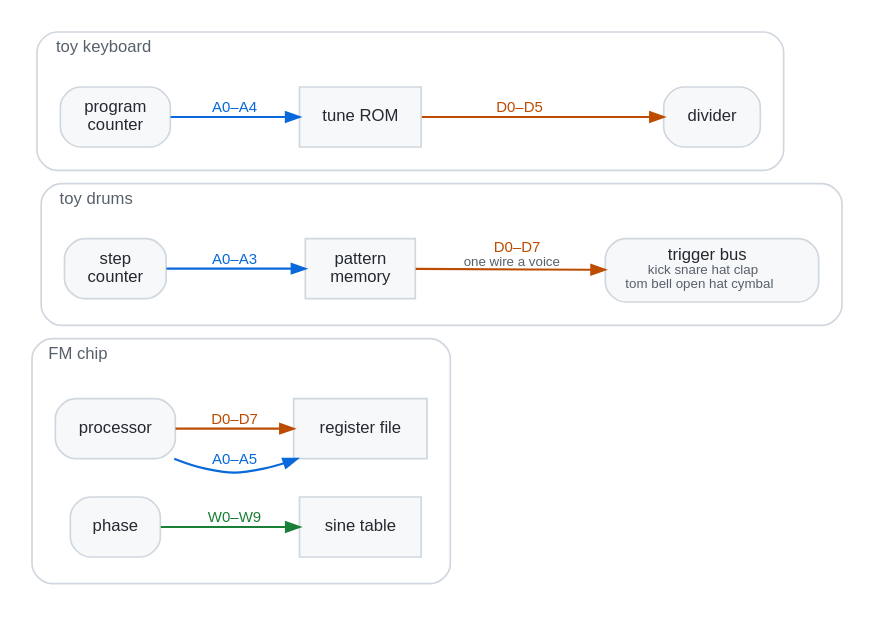
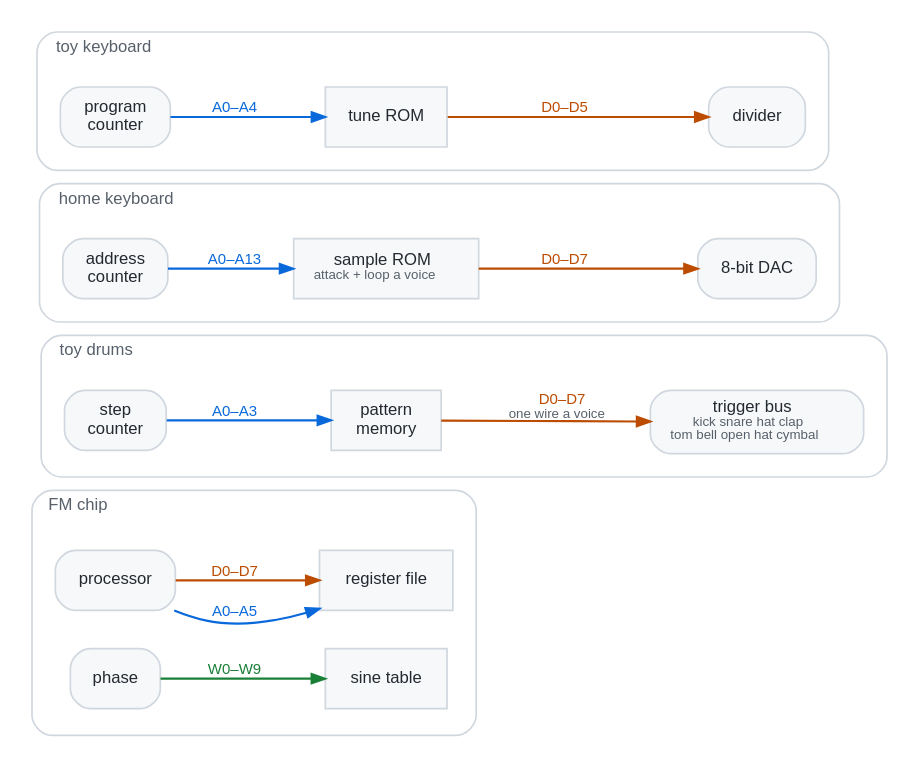
One commit to cmdcolin/bender changed the diagram in docs/img/buses.dot. Above: the diagram before and after it, drawn with Graphviz. The commit also changed 41 other files, not shown here.

First line of the commit message:
feat(dsp): a PCM home keyboard with pads, chimes and a sampled voice

```diff
--- a/docs/img/buses.dot
+++ b/docs/img/buses.dot
@@ -1,100 +1,123 @@
 // Source for docs/img/buses.svg, which docs/BENDS.md embeds.
 // Regenerate with: dot -Tsvg docs/img/buses.dot -o docs/img/buses.svg
 //
 // What this answers: "Data line" is a control on more than one panel and
 // means something different on each. The drawing says which two blocks each
 // bus runs between and how many wires it has, so a knife on one of them has a
 // direction rather than being a number you picked.
 //
 // The asymmetry is the point. On the toy chips the address bus runs INTO
 // the memory and the data bus comes back OUT of it, which is why an address
 // fault fetches the wrong thing while a data fault mangles what came back. The
 // FM chip's data bus runs the other way — into a register file that latches —
 // which is why its faults accumulate instead of passing. docs/BENDS.md says
 // the rest.
 //
 // Deliberately NOT per-wire meanings. Only the drum data bus has one worth
 // drawing, since a wire there is a voice; a toy-chip data line carries a note
 // code and an FM data line carries whatever byte the processor was sending, so
 // a fixed label on those would be a lie. What is knowable per wire lives in the
 // help text in src/ui/controls/sources.ts and in the named cuts.
 //
 // Widths track constants: ROM_DATA_LINES / ROM_ADDR_LINES in
-// src/dsp/stages/roms.ts, N_DRUM_VOICES and ADDR_LINES in src/drums.ts. Palette
+// src/dsp/stages/roms.ts, N_DRUM_VOICES and ADDR_LINES in src/drums.ts,
+// PCM_ADDR_LINES / PCM_DATA_LINES in src/dsp/stages/pcmKeys' own ROM. Palette
 // follows docs/img/dataflow.dot so the family reads alike: blue chooses, orange
 // carries, green is the bus the processor never touches.
 digraph buses {
   rankdir=LR
   bgcolor="white"
   nodesep=0.28
   ranksep=0.5
   compound=true
   node [shape=box style="filled,rounded" fillcolor="#f6f8fa" color="#d0d7de"
         fontname="Helvetica" fontsize=10 margin="0.16,0.08" fontcolor="#24292f"]
   edge [fontname="Helvetica" fontsize=9 penwidth=1.3 arrowsize=0.8]
 
   // Memories are square where logic is rounded — the knife lands on the wires
   // either side of these, never inside them.
   node [style=filled shape=box] // reset below per-cluster
 
   subgraph cluster_fm {
     label="FM chip"
     labelloc="t"
     labeljust="l"
     fontname="Helvetica"
     fontsize=10
     fontcolor="#57606a"
     color="#d0d7de"
     style="rounded"
     margin=14
 
     fm_cpu [label="processor" style="filled,rounded"]
     fm_reg [label="register file" style=filled]
     fm_phase [label="phase" style="filled,rounded"]
     fm_sine [label="sine table" style=filled]
 
     // Both buses run the same way here: this one is written, not read.
     fm_cpu -> fm_reg [label="A0–A5" color="#0969da" fontcolor="#0969da"]
     fm_cpu -> fm_reg [label="D0–D7" color="#bc4c00" fontcolor="#bc4c00"]
     fm_phase -> fm_sine [label="W0–W9" color="#1a7f37" fontcolor="#1a7f37"]
   }
 
   subgraph cluster_drums {
     label="toy drums"
     labelloc="t"
     labeljust="l"
     fontname="Helvetica"
     fontsize=10
     fontcolor="#57606a"
     color="#d0d7de"
     style="rounded"
     margin=14
 
     drum_ctr [label="step\ncounter" style="filled,rounded"]
     drum_mem [label="pattern\nmemory" style=filled]
     drum_bus [label=<trigger bus<br/><font color="#57606a" point-size="8">kick snare hat clap<br/>tom bell open hat cymbal</font>> style="filled,rounded"]
 
     drum_ctr -> drum_mem [label="A0–A3" color="#0969da" fontcolor="#0969da"]
     drum_mem -> drum_bus [label=<<font color="#bc4c00">D0–D7</font><br/><font color="#57606a" point-size="8">one wire a voice</font>>
                           color="#bc4c00"]
   }
 
+  subgraph cluster_keys {
+    label="home keyboard"
+    labelloc="t"
+    labeljust="l"
+    fontname="Helvetica"
+    fontsize=10
+    fontcolor="#57606a"
+    color="#d0d7de"
+    style="rounded"
+    margin=14
+
+    // One counter, one memory, and the widest address bus on the board — the
+    // top two wires only ever go high on the sampled voice, because the wave
+    // ROM fits under them and the sample memory does not.
+    pcm_ctr [label="address\ncounter" style="filled,rounded"]
+    pcm_rom [label=<sample ROM<br/><font color="#57606a" point-size="8">attack + loop a voice</font>> style=filled]
+    pcm_dac [label="8-bit DAC" style="filled,rounded"]
+
+    pcm_ctr -> pcm_rom [label="A0–A13" color="#0969da" fontcolor="#0969da"]
+    pcm_rom -> pcm_dac [label="D0–D7" color="#bc4c00" fontcolor="#bc4c00"]
+  }
+
   subgraph cluster_toy {
     label="toy keyboard"
     labelloc="t"
     labeljust="l"
     fontname="Helvetica"
     fontsize=10
     fontcolor="#57606a"
     color="#d0d7de"
     style="rounded"
     margin=14
 
     toy_ctr [label="program\ncounter" style="filled,rounded"]
     toy_rom [label="tune ROM" style=filled]
     toy_div [label="divider" style="filled,rounded"]
 
     toy_ctr -> toy_rom [label="A0–A4" color="#0969da" fontcolor="#0969da"]
     toy_rom -> toy_div [label="D0–D5" color="#bc4c00" fontcolor="#bc4c00"]
   }
 }
```
